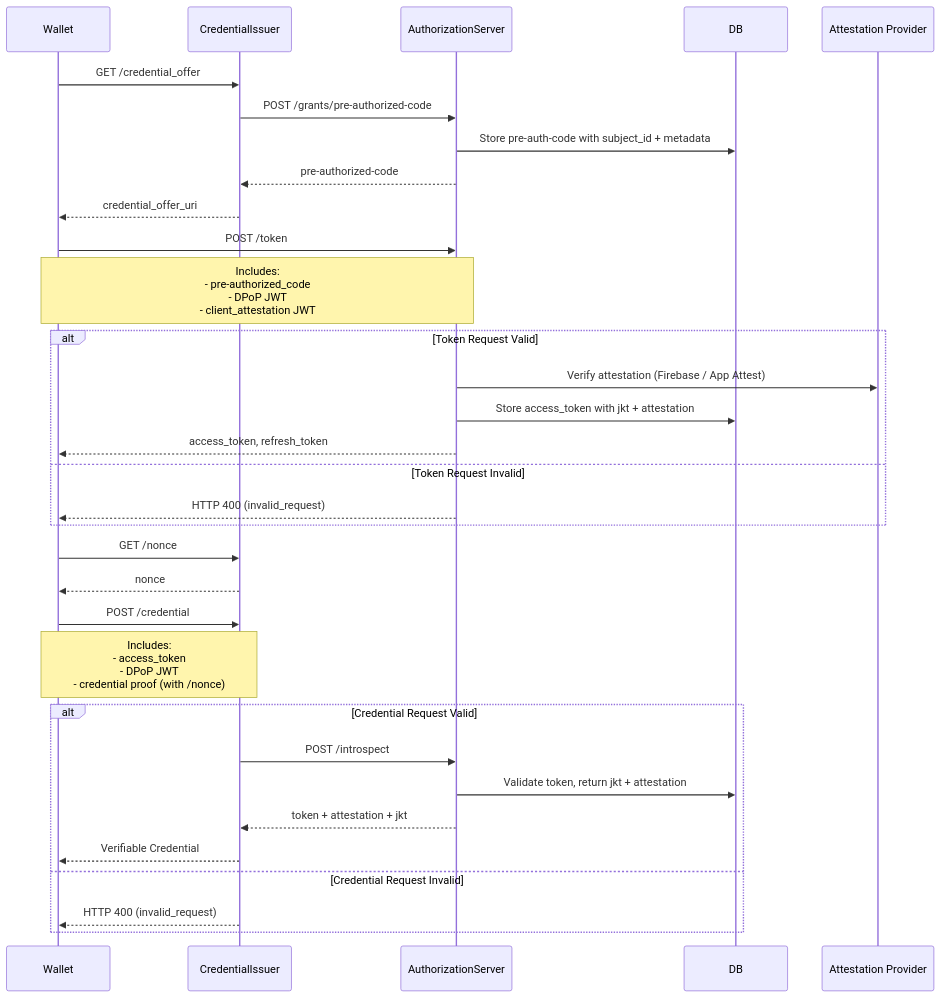
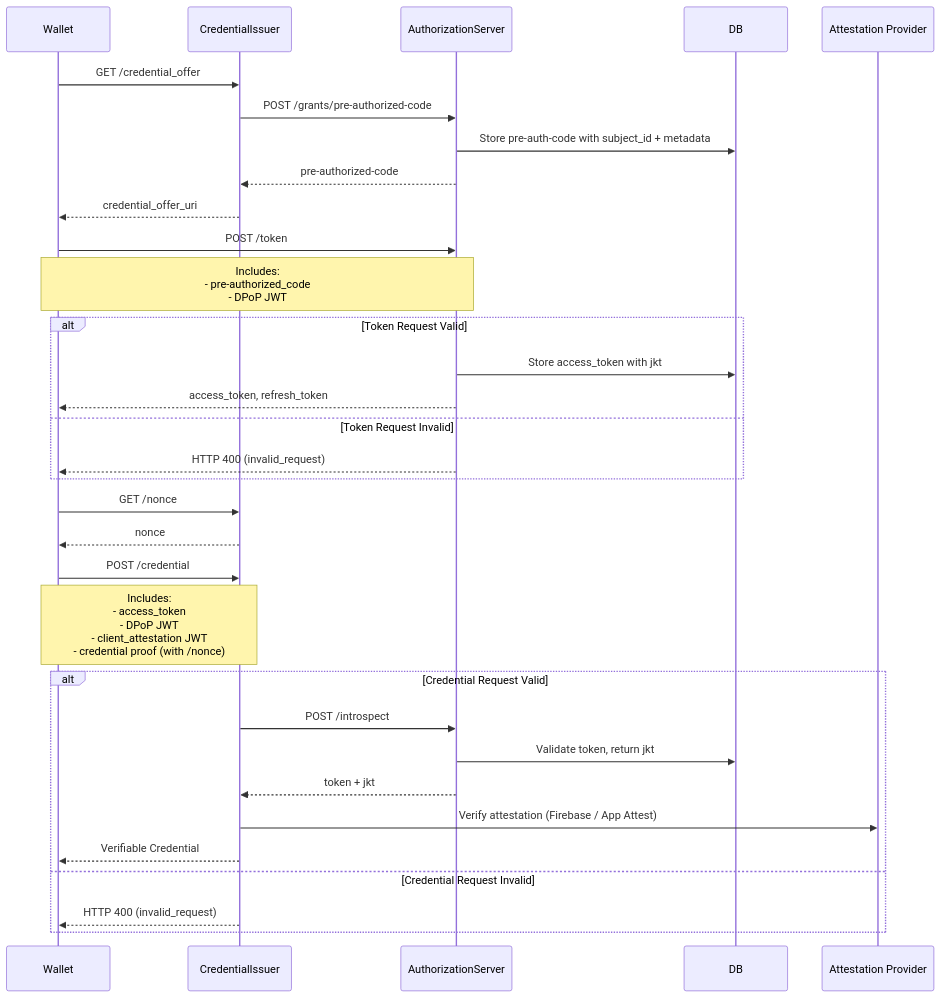
One commit to weiiv/di-auth-server changed the second of 8 diagrams in README.md. Above: the diagram before and after it, drawn with Mermaid. The commit also changed other lines of this file, not shown here.

Commit message:
update attestation flow

````diff
--- a/README.md
+++ b/README.md
@@ -161,33 +162,33 @@
 ```mermaid
 sequenceDiagram
   participant Wallet
   participant CredentialIssuer
   participant AuthorizationServer
   participant DB
   Wallet->>CredentialIssuer: GET /credential_offer
   CredentialIssuer->>AuthorizationServer: POST /grants/pre-authorized-code
   AuthorizationServer->>DB: Store pre-auth-code with subject_id + metadata
   AuthorizationServer-->>CredentialIssuer: pre-authorized-code
   CredentialIssuer-->>Wallet: credential_offer_uri
   Wallet->>AuthorizationServer: POST /token
-    Note over Wallet, AuthorizationServer: Includes:<br/>- pre-authorized_code<br/>- DPoP JWT<br/>- client_attestation JWT
+    Note over Wallet, AuthorizationServer: Includes:<br/>- pre-authorized_code<br/>- DPoP JWT
   alt Token Request Valid
-    AuthorizationServer->>Attestation Provider: Verify attestation (Firebase / App Attest)
-    AuthorizationServer->>DB: Store access_token with jkt + attestation
+    AuthorizationServer->>DB: Store access_token with jkt
     AuthorizationServer-->>Wallet: access_token, refresh_token
   else Token Request Invalid
     AuthorizationServer-->>Wallet: HTTP 400 (invalid_request)
   end
   Wallet->>CredentialIssuer: GET /nonce
   CredentialIssuer-->>Wallet: nonce
   Wallet->>CredentialIssuer: POST /credential
-    Note over Wallet, CredentialIssuer: Includes:<br/>- access_token<br/>- DPoP JWT<br/>- credential proof (with /nonce)
+    Note over Wallet, CredentialIssuer: Includes:<br/>- access_token<br/>- DPoP JWT<br/>- client_attestation JWT<br/>- credential proof (with /nonce)
   alt Credential Request Valid
     CredentialIssuer->>AuthorizationServer: POST /introspect
-    AuthorizationServer->>DB: Validate token, return jkt + attestation
-    AuthorizationServer-->>CredentialIssuer: token + attestation + jkt
+    AuthorizationServer->>DB: Validate token, return jkt
+    AuthorizationServer-->>CredentialIssuer: token + jkt
+    CredentialIssuer->>Attestation Provider: Verify attestation (Firebase / App Attest)
     CredentialIssuer-->>Wallet: Verifiable Credential
   else Credential Request Invalid
     CredentialIssuer-->>Wallet: HTTP 400 (invalid_request)
   end
 ```
````
